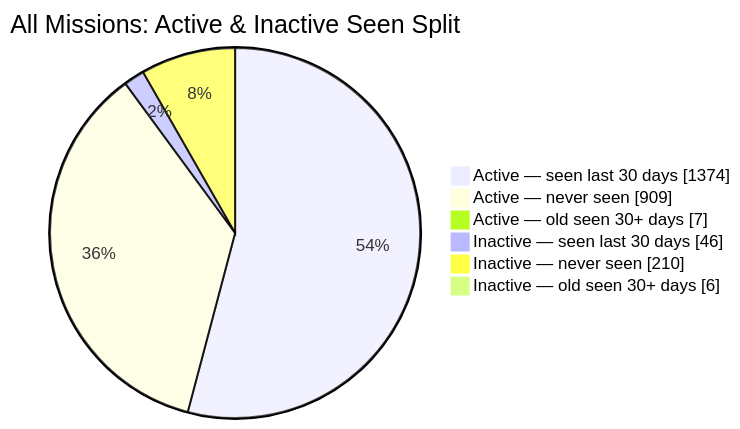
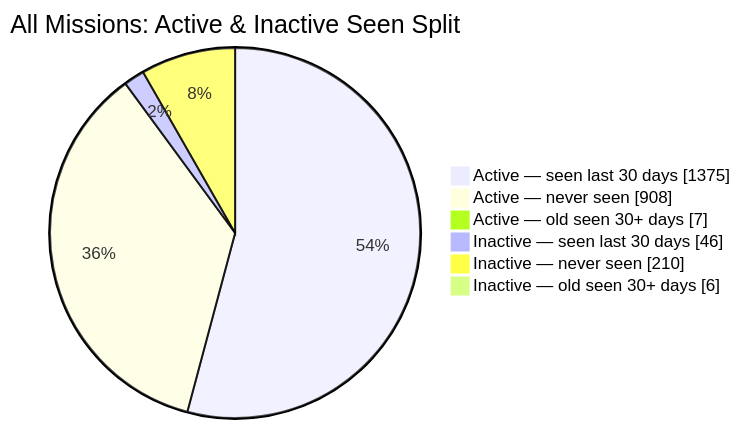
The second of 2 diagrams in README.md (MeldkamerspelGameTeam/active-missions), drawn with Mermaid before and after one commit. The commit also changed other lines of this file and 2 other files, not shown here.

````diff
--- a/README.md
+++ b/README.md
@@ -44,10 +44,10 @@
 ```mermaid
 pie showData
     title All Missions: Active & Inactive Seen Split
-    "Active — seen last 30 days" : 1374
-    "Active — never seen" : 909
+    "Active — seen last 30 days" : 1375
+    "Active — never seen" : 908
     "Active — old seen 30+ days" : 7
     "Inactive — seen last 30 days" : 46
     "Inactive — never seen" : 210
     "Inactive — old seen 30+ days" : 6
 ```
````
